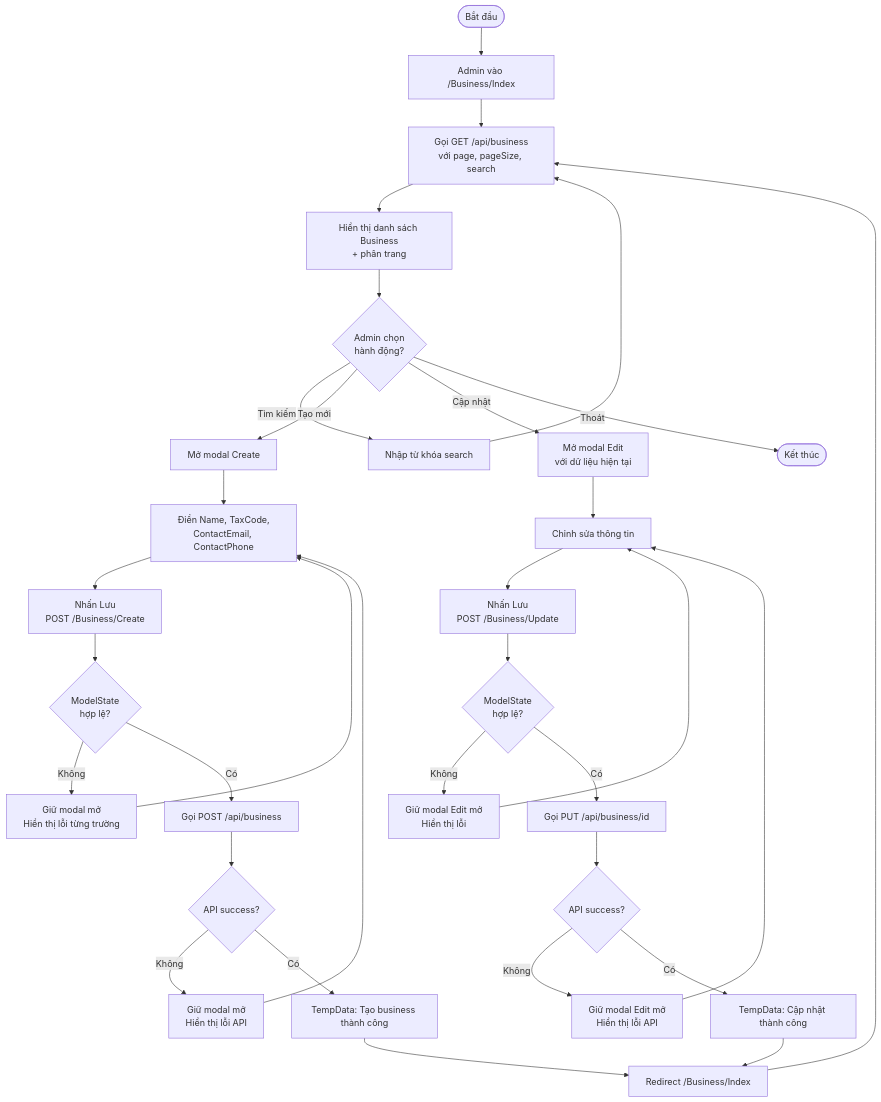
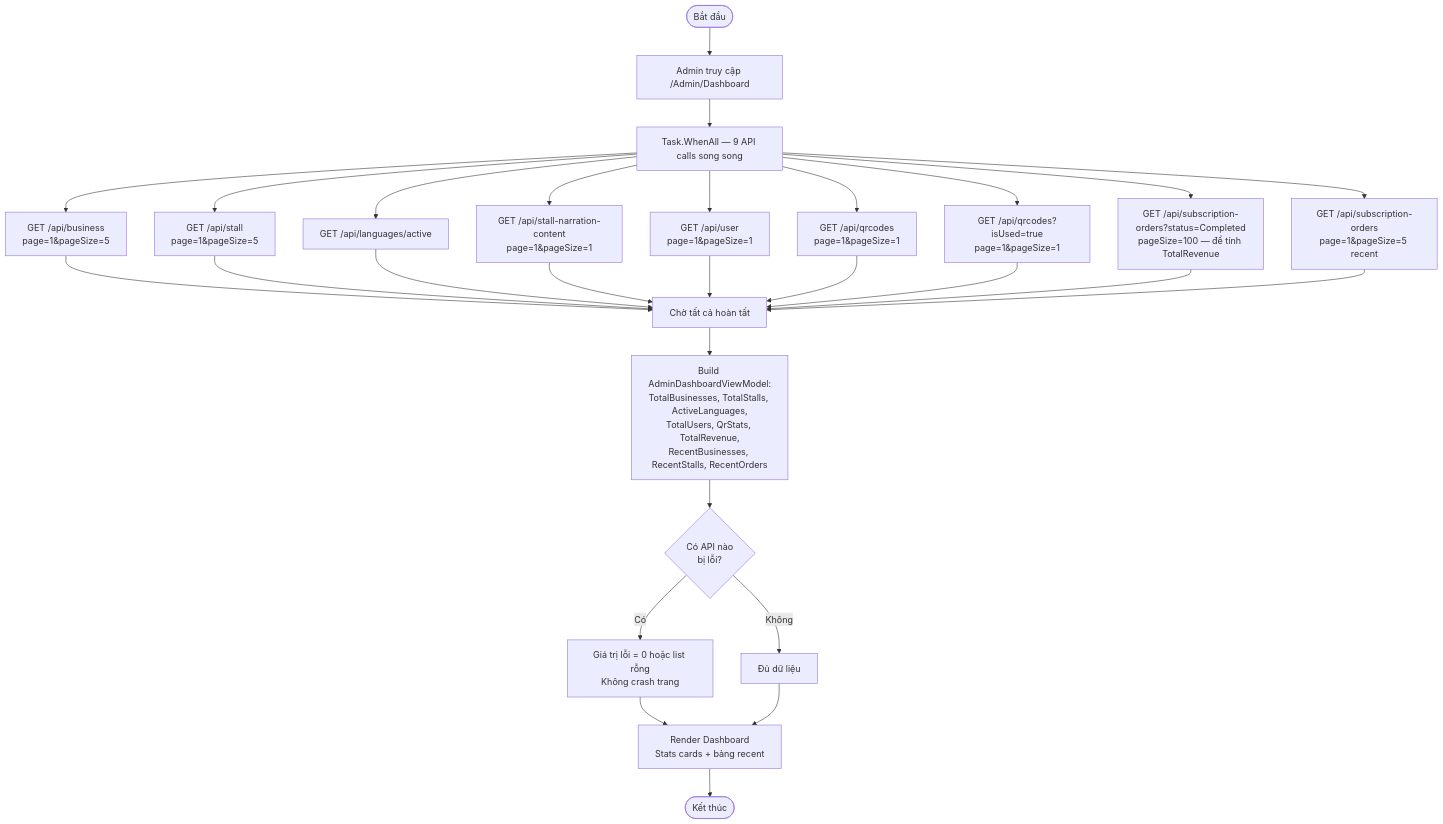
Before and after one commit to NguyenAlpha/LocateAndMultilingualNarration: the third of 21 diagrams in Docs/Activity Diagrams – Web Admin.md, drawn with Mermaid. The commit also changed other lines of this file and 1 other file, not shown here.

Commit message:
Update Mobile API Endpoints Summary with detailed descriptions and JSON response examples for each endpoint

````diff
--- a/Docs/Activity Diagrams – Web Admin.md
+++ b/Docs/Activity Diagrams – Web Admin.md
@@ -70,39 +88,34 @@
 ```mermaid
 flowchart TD
-    A([Bắt đầu]) --> B[Admin vào /Business/Index]
-    B --> C[Gọi GET /api/business\nvới page, pageSize, search]
-    C --> D[Hiển thị danh sách Business\n+ phân trang]
-    D --> E{Admin chọn\nhành động?}
+    A([Bắt đầu]) --> B[Admin truy cập /Admin/Dashboard]
+    B --> C[Task.WhenAll — 9 API calls song song]
 
-    E -- Tìm kiếm --> F[Nhập từ khóa search]
-    F --> C
+    C --> D1[GET /api/business\npage=1&pageSize=5]
+    C --> D2[GET /api/stall\npage=1&pageSize=5]
+    C --> D3[GET /api/languages/active]
+    C --> D4[GET /api/stall-narration-content\npage=1&pageSize=1]
+    C --> D5[GET /api/user\npage=1&pageSize=1]
+    C --> D6[GET /api/qrcodes\npage=1&pageSize=1]
+    C --> D7[GET /api/qrcodes?isUsed=true\npage=1&pageSize=1]
+    C --> D8[GET /api/subscription-orders?status=Completed\npageSize=100 — để tính TotalRevenue]
+    C --> D9[GET /api/subscription-orders\npage=1&pageSize=5 recent]
 
-    E -- Tạo mới --> G[Mở modal Create]
-    G --> H[Điền Name, TaxCode,\nContactEmail, ContactPhone]
-    H --> I[Nhấn Lưu\nPOST /Business/Create]
-    I --> J{ModelState\nhợp lệ?}
-    J -- Không --> K[Giữ modal mở\nHiển thị lỗi từng trường]
-    K --> H
-    J -- Có --> L[Gọi POST /api/business]
-    L --> M{API success?}
-    M -- Không --> N[Giữ modal mở\nHiển thị lỗi API]
-    N --> H
-    M -- Có --> O[TempData: Tạo business thành công]
-    O --> P[Redirect /Business/Index]
-    P --> C
+    D1 --> E[Chờ tất cả hoàn tất]
+    D2 --> E
+    D3 --> E
+    D4 --> E
+    D5 --> E
+    D6 --> E
+    D7 --> E
+    D8 --> E
+    D9 --> E
 
-    E -- Cập nhật --> Q[Mở modal Edit\nvới dữ liệu hiện tại]
-    Q --> R[Chỉnh sửa thông tin]
-    R --> S[Nhấn Lưu\nPOST /Business/Update]
-    S --> T{ModelState\nhợp lệ?}
-    T -- Không --> U[Giữ modal Edit mở\nHiển thị lỗi]
-    U --> R
-    T -- Có --> V[Gọi PUT /api/business/id]
-    V --> W{API success?}
-    W -- Không --> X[Giữ modal Edit mở\nHiển thị lỗi API]
-    X --> R
-    W -- Có --> Y[TempData: Cập nhật thành công]
-    Y --> P
+    E --> F[Build AdminDashboardViewModel:\nTotalBusinesses, TotalStalls, ActiveLanguages,\nTotalUsers, QrStats, TotalRevenue,\nRecentBusinesses, RecentStalls, RecentOrders]
 
-    E -- Thoát --> Z([Kết thúc])
+    F --> G{Có API nào\nbị lỗi?}
+    G -- Có --> H[Giá trị lỗi = 0 hoặc list rỗng\nKhông crash trang]
+    G -- Không --> I[Đủ dữ liệu]
+    H --> J[Render Dashboard\nStats cards + bảng recent]
+    I --> J
+    J --> K([Kết thúc])
 ```
````
